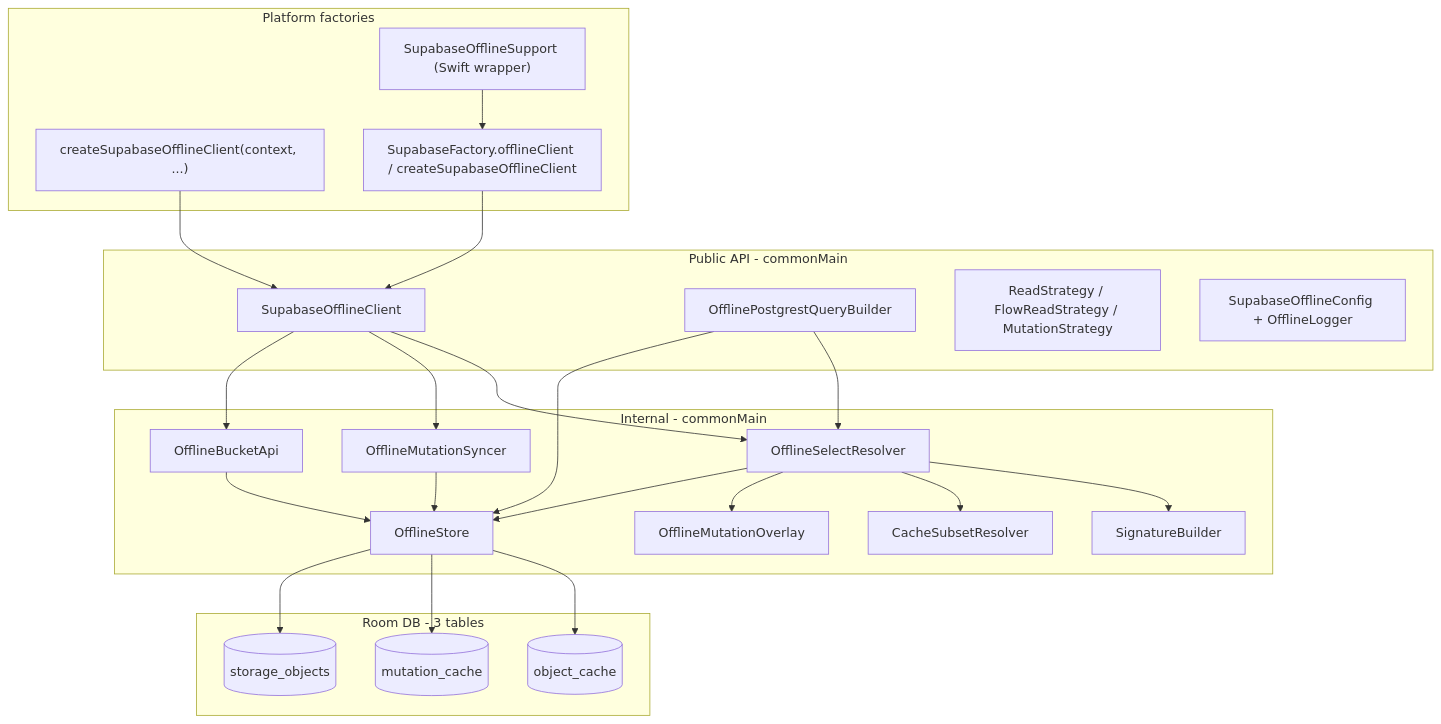
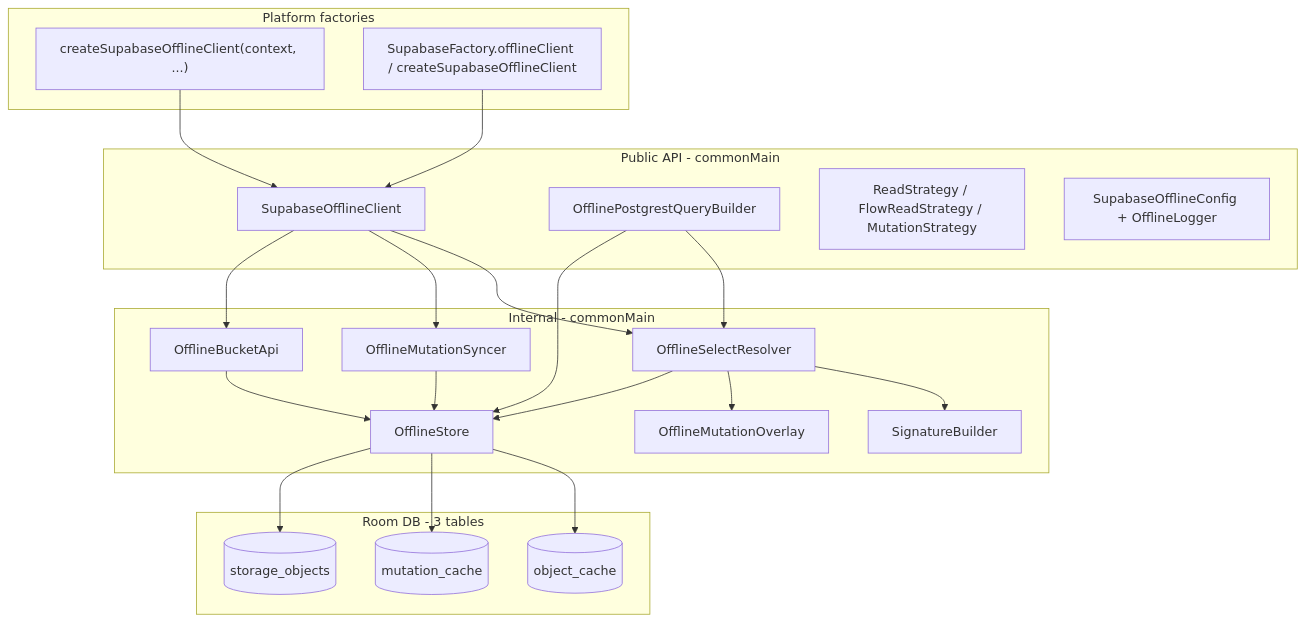
The first of 2 diagrams in docs/project/internals.md (nesfeder/supabase-offline-kt), drawn with Mermaid before and after one commit. The commit also changed other lines of this file, not shown here.

Commit message:
docs(internals): drop the deleted Swift wrapper and the subset resolver from the module map (#100)
The module map still drew the Swift layer that was deleted and the subset resolver whose section
is gone; the engine has neither. The rest of the page keeps its notice that it describes an
earlier engine.

````diff
--- a/docs/project/internals.md
+++ b/docs/project/internals.md
@@ -35,49 +35,45 @@
 ```mermaid
 flowchart TB
     subgraph public [Public API - commonMain]
         SOC[SupabaseOfflineClient]
         OPQB[OfflinePostgrestQueryBuilder]
         STR[ReadStrategy / FlowReadStrategy / MutationStrategy]
         CFG[SupabaseOfflineConfig + OfflineLogger]
     end
 
     subgraph impl [Internal - commonMain]
         OSR[OfflineSelectResolver]
         OS[OfflineStore]
         OMS[OfflineMutationSyncer]
         OBA[OfflineBucketApi]
         SIG[SignatureBuilder]
-        SUB[CacheSubsetResolver]
         OVR[OfflineMutationOverlay]
     end
 
     subgraph db [Room DB - 3 tables]
         OC[(object_cache)]
         MC[(mutation_cache)]
         SO[(storage_objects)]
     end
 
     subgraph platform [Platform factories]
         Android["createSupabaseOfflineClient(context, ...)"]
         iOS["SupabaseFactory.offlineClient / createSupabaseOfflineClient"]
-        Swift["SupabaseOfflineSupport (Swift wrapper)"]
     end
 
     SOC --> OSR
     SOC --> OMS
     SOC --> OBA
     OPQB --> OSR
     OPQB --> OS
     OSR --> SIG
-    OSR --> SUB
     OSR --> OVR
     OSR --> OS
     OMS --> OS
     OBA --> OS
     OS --> OC
     OS --> MC
     OS --> SO
     Android --> SOC
     iOS --> SOC
-    Swift --> iOS
 ```
````
